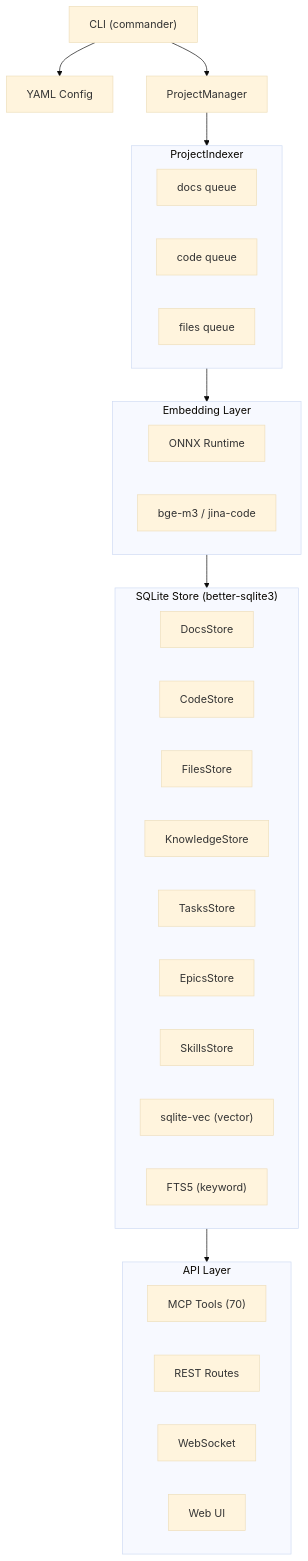
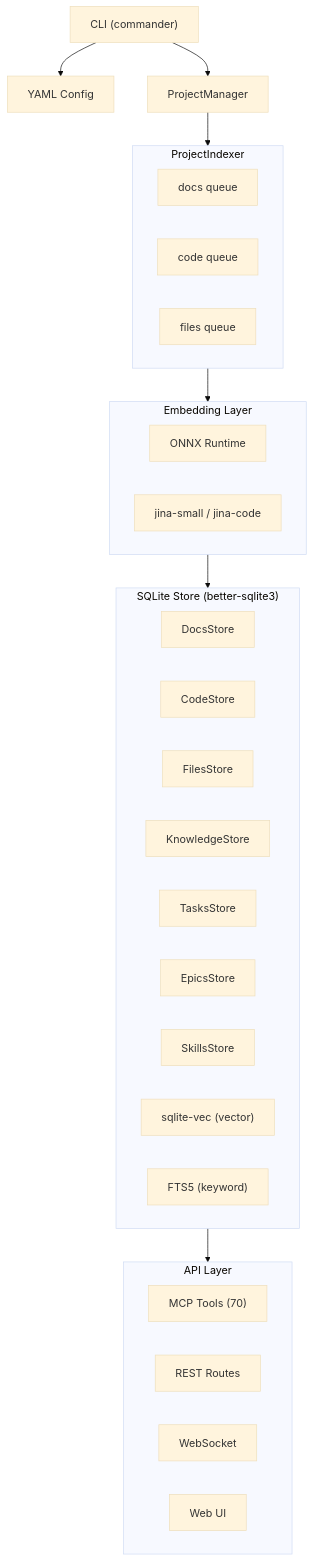
Before and after one commit to graph-memory/graphmemory: the diagram in docs/architecture.md, drawn with Mermaid (base theme). The commit also changed 22 other files, not shown here.

First line of the commit message:
docs: update default embedding model to jina-embeddings-v2-small-en

````diff
--- a/docs/architecture.md
+++ b/docs/architecture.md
@@ -5,47 +5,47 @@
 ```mermaid
 graph TD
     CLI["CLI (commander)"]
     Config["YAML Config"]
     PM["ProjectManager"]
 
     CLI --> Config
     CLI --> PM
 
     subgraph Indexer["ProjectIndexer"]
         DQ["docs queue"]
         CQ["code queue"]
         FQ["files queue"]
     end
 
     PM --> Indexer
 
     subgraph Embed["Embedding Layer"]
         ONNX["ONNX Runtime"]
-        Models["bge-m3 / jina-code"]
+        Models["jina-small / jina-code"]
     end
 
     Indexer --> Embed
 
     subgraph Store["SQLite Store (better-sqlite3)"]
         DS["DocsStore"]
         CS["CodeStore"]
         FS["FilesStore"]
         KS["KnowledgeStore"]
         TS["TasksStore"]
         ES["EpicsStore"]
         SS["SkillsStore"]
         VEC["sqlite-vec (vector)"]
         FTS["FTS5 (keyword)"]
     end
 
     Embed --> Store
 
     subgraph API["API Layer"]
         MCP["MCP Tools (70)"]
         REST["REST Routes"]
         WS["WebSocket"]
         UI["Web UI"]
     end
 
     Store --> API
 ```
````
